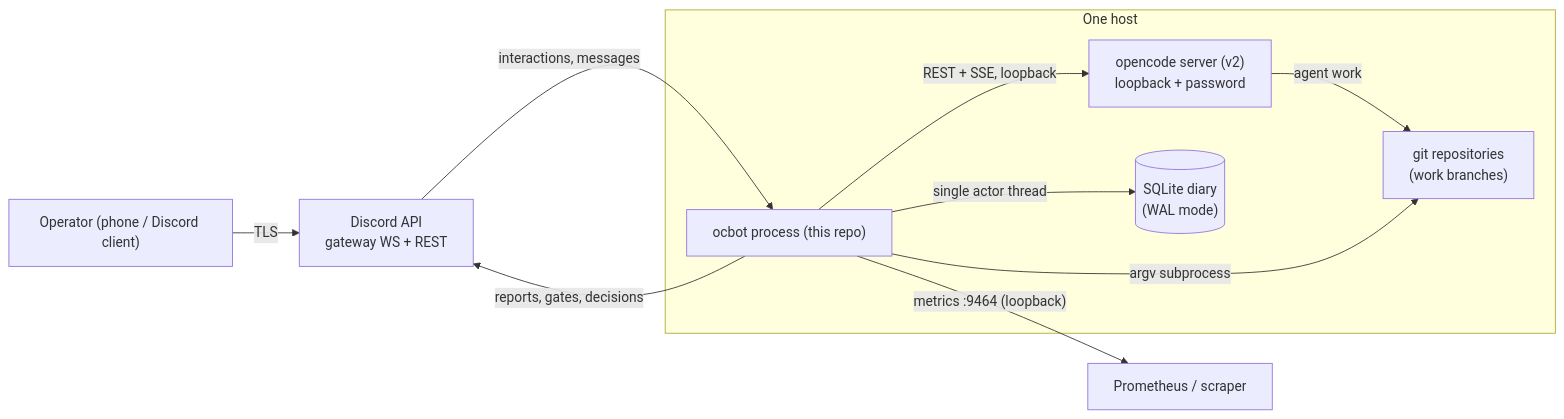
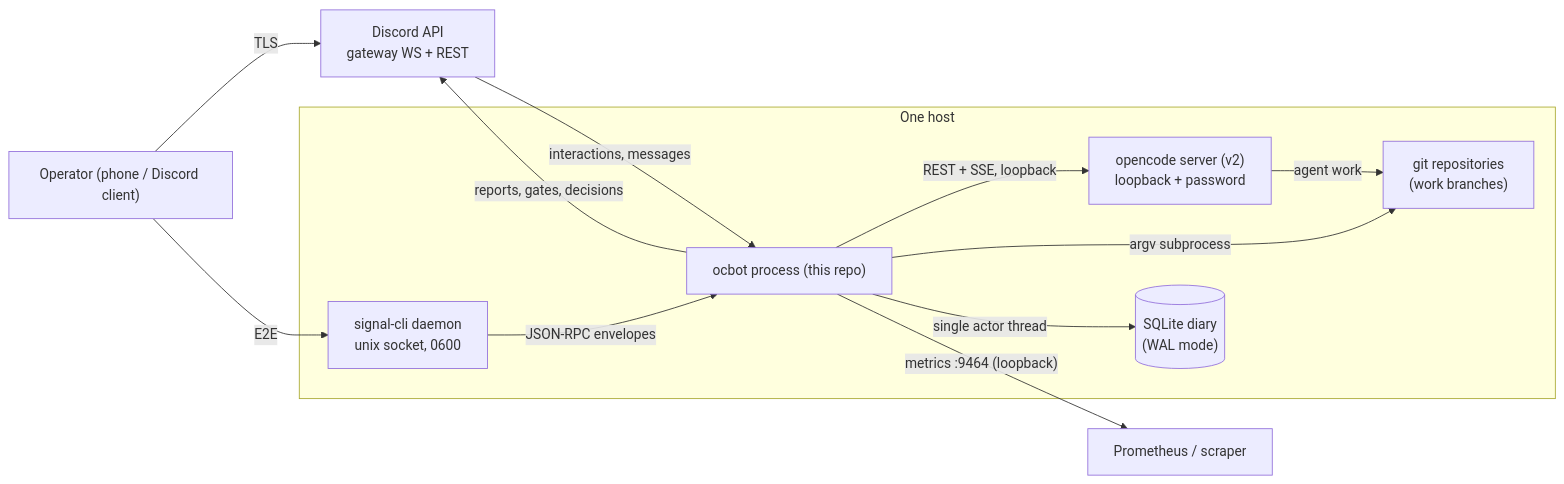
The first of 4 diagrams in docs/ARCHITECTURE.md (lexbity/theteia-discord-ocbot), drawn with Mermaid before and after one commit. The commit also changed other lines of this file and 42 other files, not shown here.

````diff
--- a/docs/ARCHITECTURE.md
+++ b/docs/ARCHITECTURE.md
@@ -12,19 +12,22 @@
 ```mermaid
 flowchart LR
     op["Operator (phone / Discord client)"]
     subgraph host["One host"]
         bot["ocbot process (this repo)"]
         oc["opencode server (v2)<br/>loopback + password"]
         repos["git repositories<br/>(work branches)"]
         db[("SQLite diary<br/>(WAL mode)")]
+        sc["signal-cli daemon<br/>unix socket, 0600"]
     end
     discord["Discord API<br/>gateway WS + REST"]
     op -- "TLS" --> discord
     discord -- "interactions, messages" --> bot
     bot -- "reports, gates, decisions" --> discord
+    op -- "E2E" --> sc
+    sc -- "JSON-RPC envelopes" --> bot
     bot -- "REST + SSE, loopback" --> oc
     oc -- "agent work" --> repos
     bot -- "argv subprocess" --> repos
     bot -- "single actor thread" --> db
     bot -- "metrics :9464 (loopback)" --> prom["Prometheus / scraper"]
 ```
````
